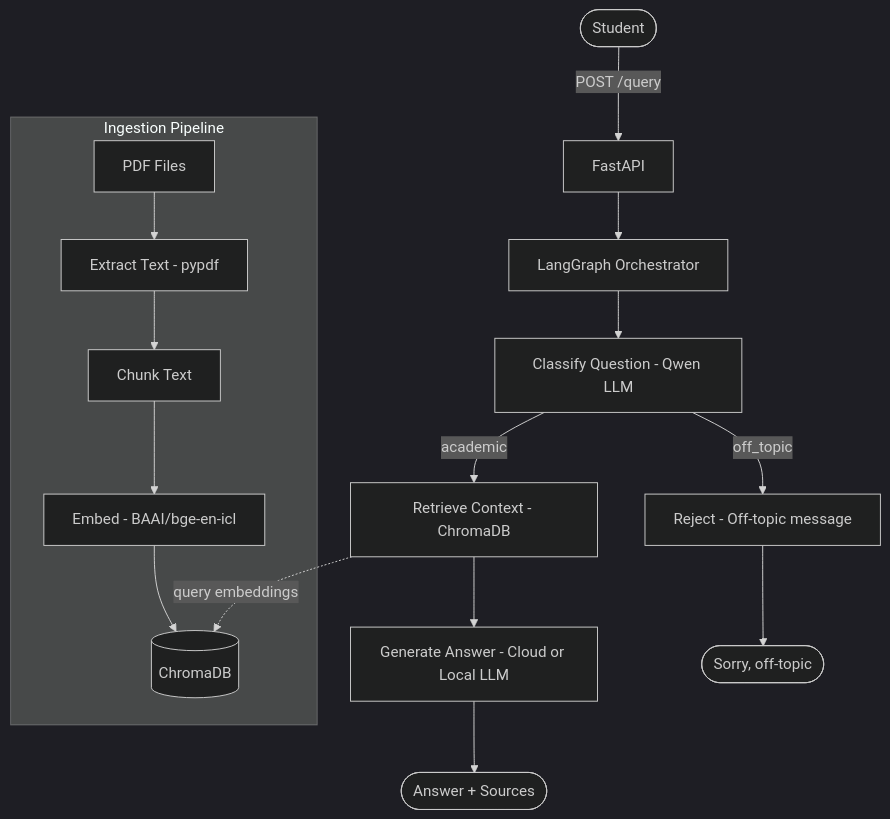
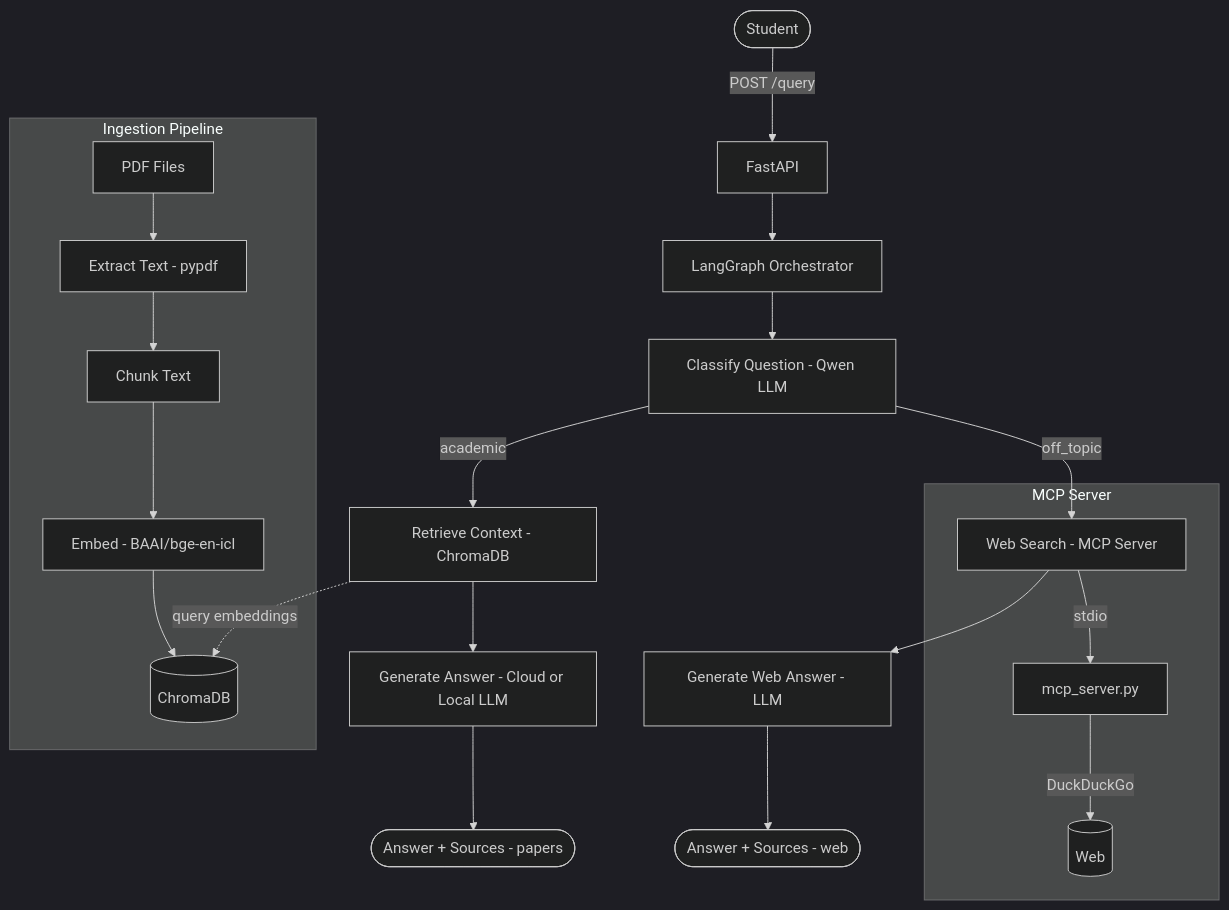
Before and after one commit to sandeepkumar1709/student-qa-rag: the diagram in README.md, drawn with Mermaid (dark theme). The commit also changed other lines of this file, not shown here.

````diff
--- a/README.md
+++ b/README.md
@@ -7,20 +7,26 @@
 ```mermaid
 flowchart TD
     A([Student]) -->|POST /query| B[FastAPI]
     B --> C[LangGraph Orchestrator]
     C --> D[Classify Question - Qwen LLM]
     D -->|academic| E[Retrieve Context - ChromaDB]
-    D -->|off_topic| F[Reject - Off-topic message]
+    D -->|off_topic| F[Web Search - MCP Server]
     E --> G[Generate Answer - Cloud or Local LLM]
-    G --> H([Answer + Sources])
-    F --> I([Sorry, off-topic])
+    F --> W[Generate Web Answer - LLM]
+    G --> H([Answer + Sources - papers])
+    W --> X([Answer + Sources - web])
+
+    subgraph MCP Server
+        F -->|stdio| MS[mcp_server.py]
+        MS -->|DuckDuckGo| WEB[(Web)]
+    end
 
     subgraph Ingestion Pipeline
         J[PDF Files] --> K[Extract Text - pypdf]
         K --> L[Chunk Text]
         L --> M[Embed - BAAI/bge-en-icl]
         M --> N[(ChromaDB)]
     end
 
     E -.->|query embeddings| N
 ```
````
